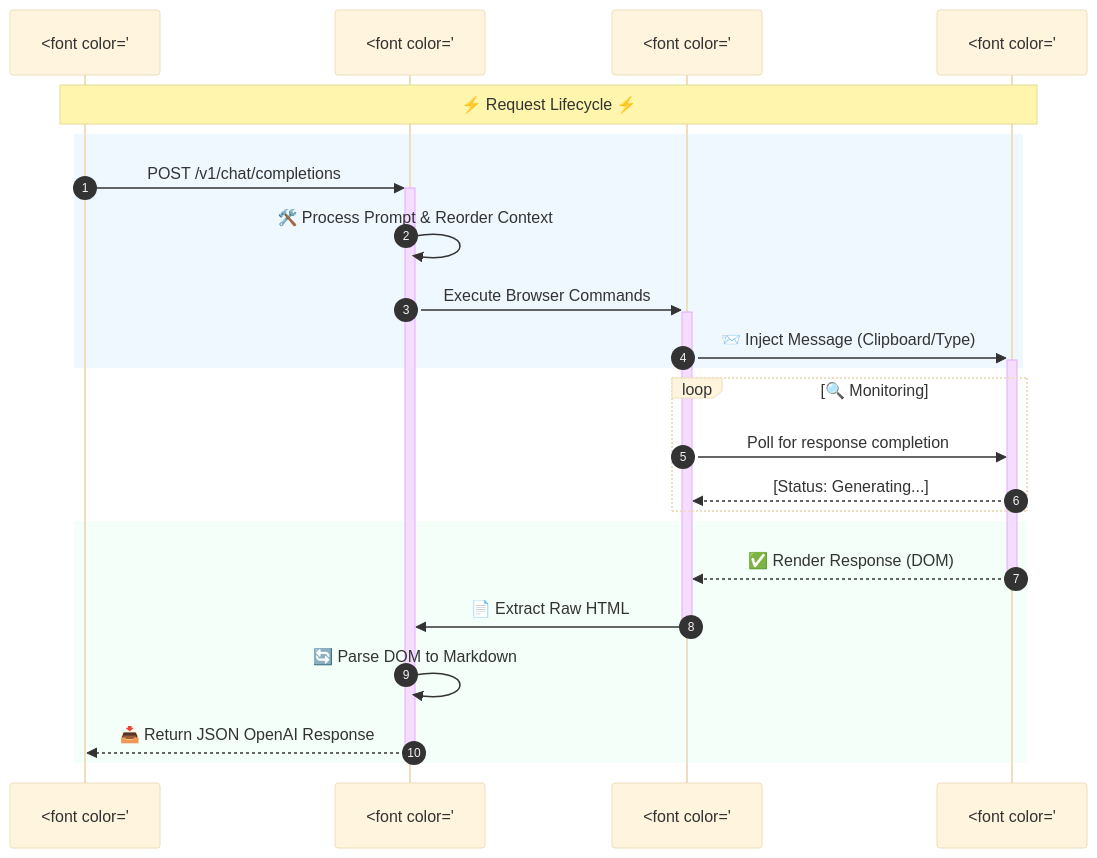
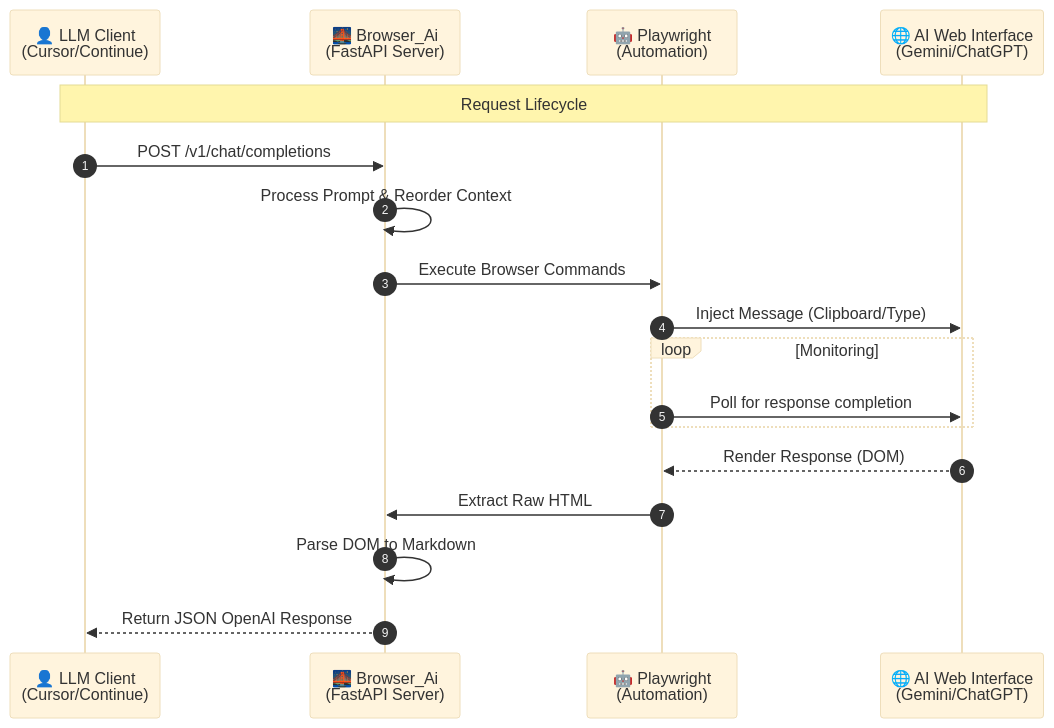
The diagram in README.md (VOID1793/browser_ai), drawn with Mermaid (base theme) before and after one commit.

Commit message:
Commit for Claude.

````diff
--- a/README.md
+++ b/README.md
@@ -46,46 +46,24 @@
 ```mermaid
 sequenceDiagram
     autonumber
+    participant Client as 👤 LLM Client<br/>(Cursor/Continue)
+    participant Bridge as 🌉 Browser_Ai<br/>(FastAPI Server)
+    participant Playwright as 🤖 Playwright<br/>(Automation)
+    participant WebUI as 🌐 AI Web Interface<br/>(Gemini/ChatGPT)
 
+    Note over Client, WebUI: Request Lifecycle
 
+    Client->>Bridge: POST /v1/chat/completions
+    Bridge->>Bridge: Process Prompt & Reorder Context
+    Bridge->>Playwright: Execute Browser Commands
+    Playwright->>WebUI: Inject Message (Clipboard/Type)
 
-
-
-
-    %% Define participants with colors and icons
-    participant Client as <font color="#3498db">👤 LLM Client</font><br/>(Cursor/Continue)
-    participant Bridge as <font color="#9b59b6">🌉 Browser_Ai</font><br/>(FastAPI Server)
-    participant Playwright as <font color="#e67e22">🤖 Playwright</font><br/>(Automation)
-    participant WebUI as <font color="#2ecc71">🌐 AI Web Interface</font><br/>(Gemini/ChatGPT)
-
-
-
-
-
-    Note over Client, WebUI: ⚡ Request Lifecycle ⚡
-
-
-    rect rgb(240, 248, 255)
-        Client->>+Bridge: POST /v1/chat/completions
-        Bridge->>Bridge: 🛠️ Process Prompt & Reorder Context
-        Bridge->>+Playwright: Execute Browser Commands
-        Playwright->>+WebUI: 📨 Inject Message (Clipboard/Type)
+    loop Monitoring
+        Playwright->>WebUI: Poll for response completion
     end
 
-    loop 🔍 Monitoring
-        Playwright->>WebUI: Poll for response completion
-        WebUI-->>Playwright: [Status: Generating...]
-    end
-
-
-
-
-
-
-    rect rgb(245, 255, 250)
-        WebUI-->>-Playwright: ✅ Render Response (DOM)
-        Playwright->>-Bridge: 📄 Extract Raw HTML
-        Bridge->>Bridge: 🔄 Parse DOM to Markdown
-        Bridge-->>-Client: 📥 Return JSON OpenAI Response
-    end
+    WebUI-->>Playwright: Render Response (DOM)
+    Playwright->>Bridge: Extract Raw HTML
+    Bridge->>Bridge: Parse DOM to Markdown
+    Bridge-->>Client: Return JSON OpenAI Response
 ```
````
